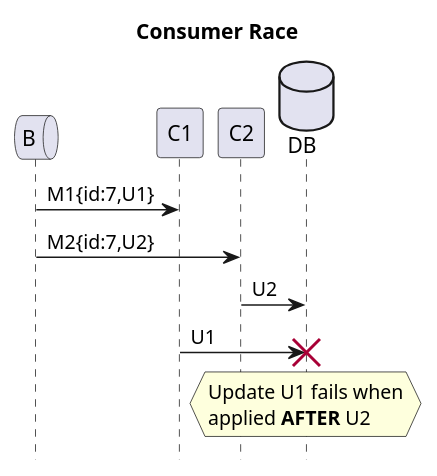
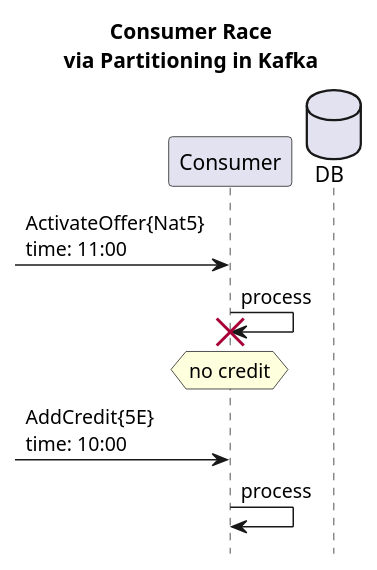
The diagram in patterns/2a_out_of_order_c.puml (victorrentea/kafka), drawn with PlantUML before and after one commit. The commit also changed 5 other files, not shown here.

```diff
--- a/patterns/2a_out_of_order_c.puml
+++ b/patterns/2a_out_of_order_c.puml
@@ -1,12 +1,15 @@
 @startuml
 title Consumer Race
 hide footbox
-queue B
 database DB order 10
 
-B->C1: M1{id:7,U1}
-B->C2: M2{id:7,U2}
-C2->DB: U2
-C1->DB!!: U1
-hnote over DB: Update U1 fails when\napplied **AFTER** U2
+title Consumer Race\nvia Partitioning in Kafka
+hide footbox
+database DB order 10
+
+->Consumer: ActivateOffer{Nat5}\ntime: 11:00
+Consumer->Consumer!!: process
+hnote over Consumer: no credit
+->Consumer: AddCredit{5E}\ntime: 10:00
+Consumer->Consumer: process
 @enduml
```
